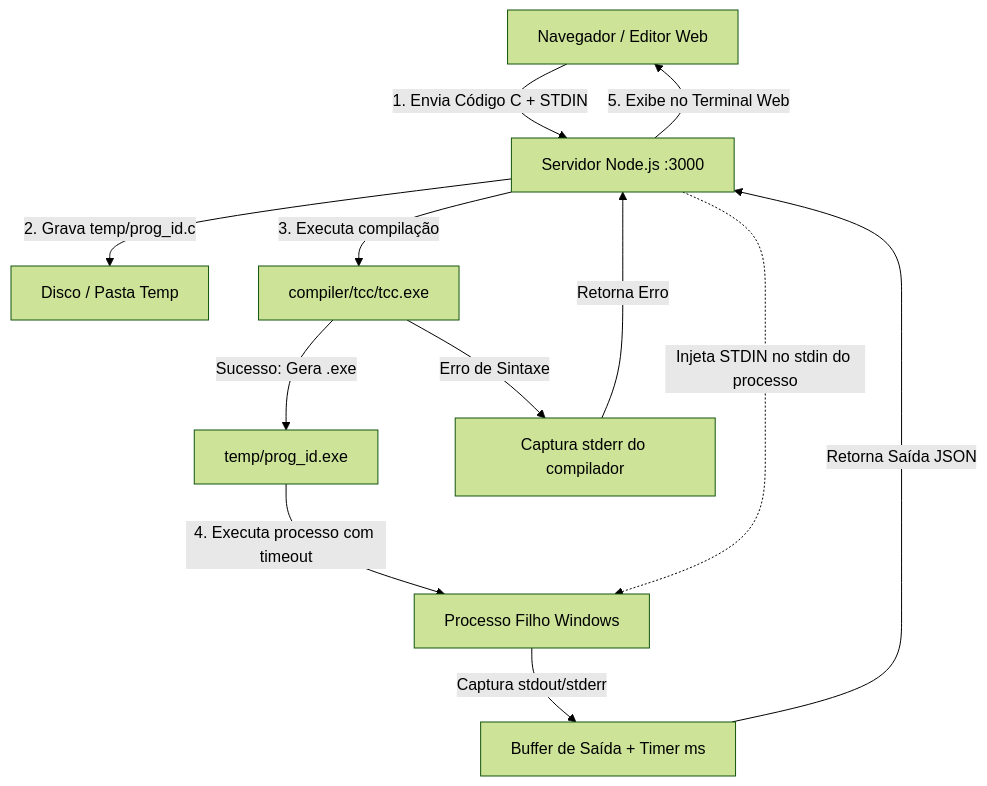
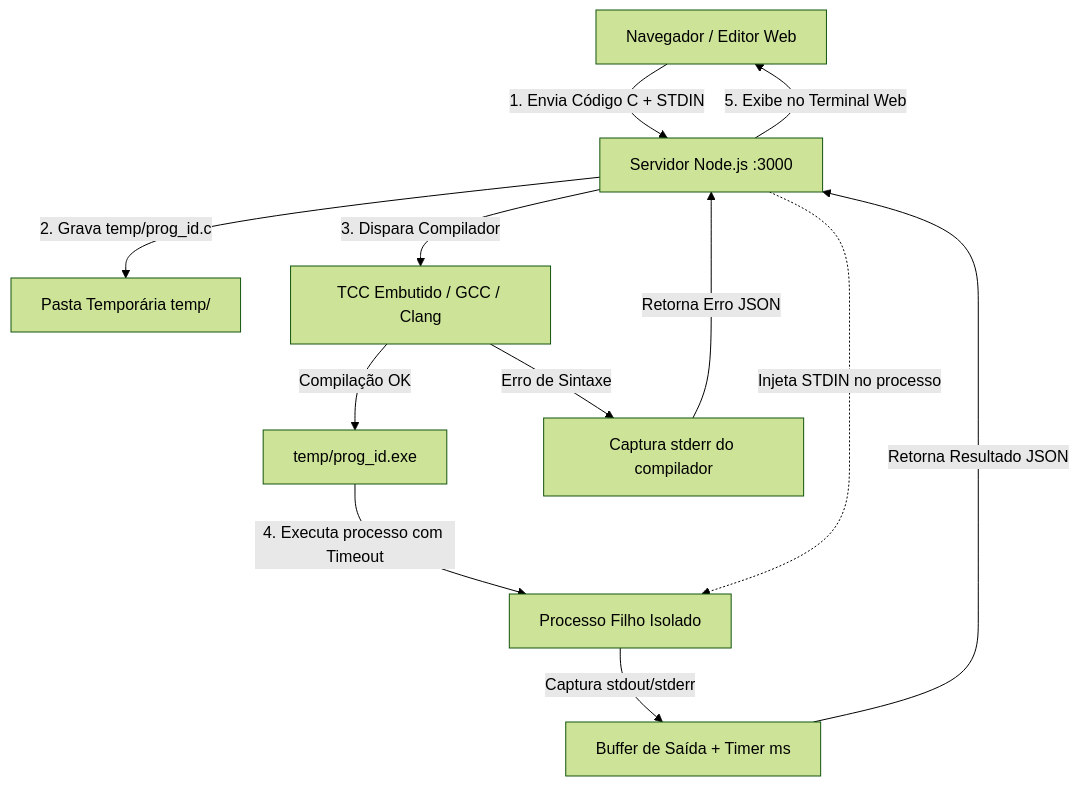
Before and after one commit to kromossomom-debug/c-playground: the diagram in README.md, drawn with Mermaid (forest theme). The commit also changed other lines of this file and 10 other files, not shown here.

````diff
--- a/README.md
+++ b/README.md
@@ -82,14 +63,14 @@
 ```mermaid
 flowchart TD
     A[Navegador / Editor Web] -->|1. Envia Código C + STDIN| B[Servidor Node.js :3000]
-    B -->|2. Grava temp/prog_id.c| C[Disco / Pasta Temp]
-    B -->|3. Executa compilação| D[compiler/tcc/tcc.exe]
-    D -->|Sucesso: Gera .exe| E[temp/prog_id.exe]
+    B -->|2. Grava temp/prog_id.c| C[Pasta Temporária temp/]
+    B -->|3. Dispara Compilador| D[TCC Embutido / GCC / Clang]
+    D -->|Compilação OK| E[temp/prog_id.exe]
     D -->|Erro de Sintaxe| F[Captura stderr do compilador]
-    E -->|4. Executa processo com timeout| G[Processo Filho Windows]
-    B -.->|Injeta STDIN no stdin do processo| G
+    E -->|4. Executa processo com Timeout| G[Processo Filho Isolado]
+    B -.->|Injeta STDIN no processo| G
     G -->|Captura stdout/stderr| H[Buffer de Saída + Timer ms]
-    F -->|Retorna Erro| B
-    H -->|Retorna Saída JSON| B
+    F -->|Retorna Erro JSON| B
+    H -->|Retorna Resultado JSON| B
     B -->|5. Exibe no Terminal Web| A
 ```
````
